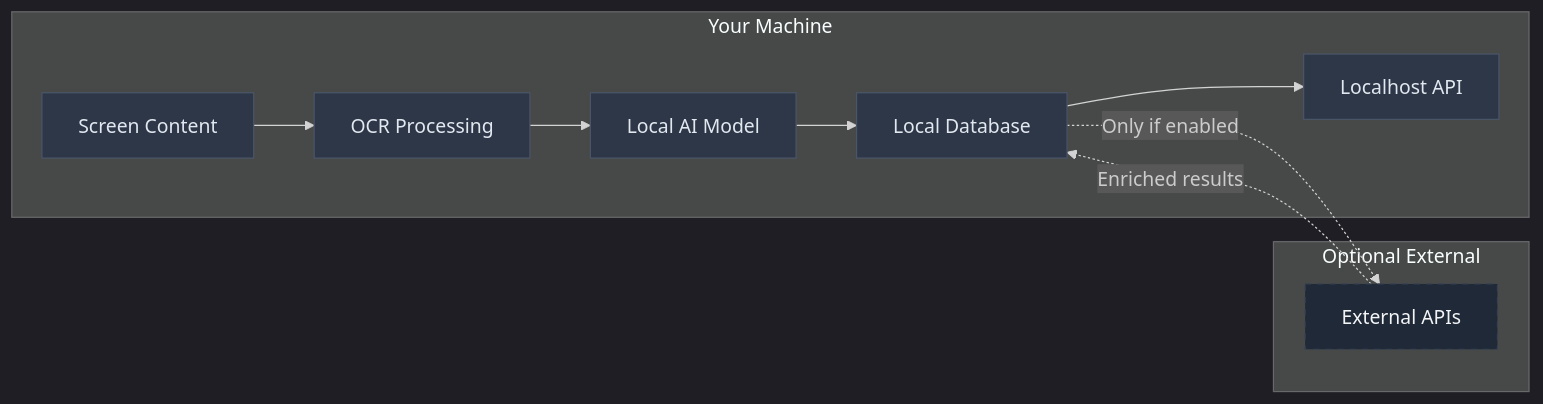
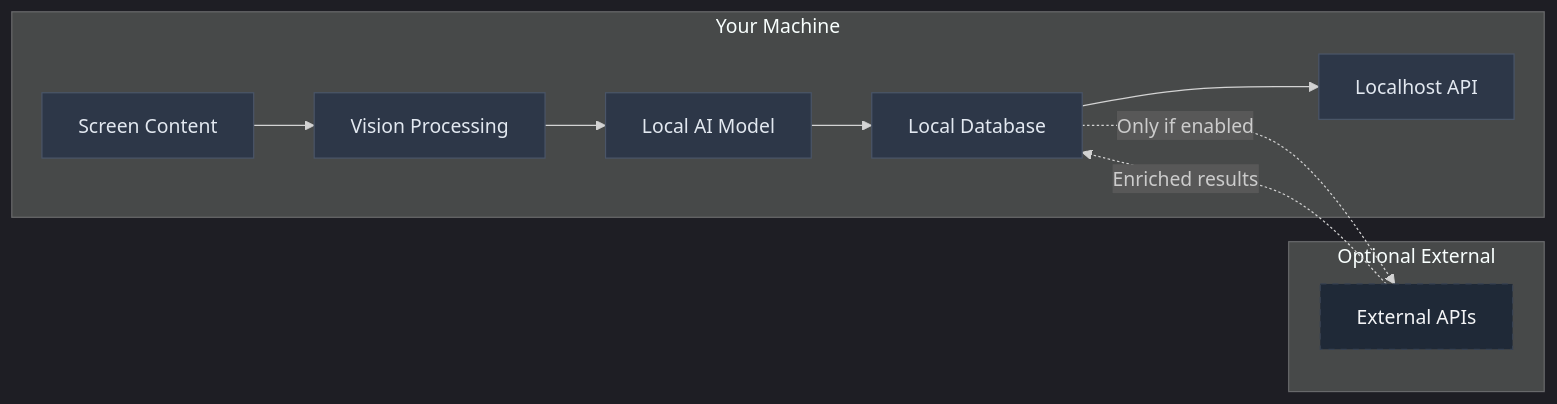
Before and after one commit to Tim-Spurlin/VibeNote: the fourth of 4 diagrams in README.md, drawn with Mermaid. The commit also changed other lines of this file, not shown here.

````diff
--- a/README.md
+++ b/README.md
@@ -616,30 +616,30 @@
 ```mermaid
 %%{init: {'theme':'dark'}}%%
 graph LR
     subgraph "Your Machine"
         SCREEN[Screen Content]
-        OCR[OCR Processing]
+        VISION[Vision Processing]
         MODEL[Local AI Model]
         DB[Local Database]
         API[Localhost API]
     end
     
     subgraph "Optional External"
         EXT[External APIs]
     end
     
-    SCREEN --> OCR
-    OCR --> MODEL
+    SCREEN --> VISION
+    VISION --> MODEL
     MODEL --> DB
     DB --> API
     
     DB -.->|Only if enabled| EXT
     EXT -.->|Enriched results| DB
     
     style SCREEN fill:#2D3748,stroke:#4A5568,color:#E2E8F0
-    style OCR fill:#2D3748,stroke:#4A5568,color:#E2E8F0
+    style VISION fill:#2D3748,stroke:#4A5568,color:#E2E8F0
     style MODEL fill:#2D3748,stroke:#4A5568,color:#E2E8F0
     style DB fill:#2D3748,stroke:#4A5568,color:#E2E8F0
     style API fill:#2D3748,stroke:#4A5568,color:#E2E8F0
     style EXT fill:#1F2937,stroke:#374151,color:#F3F4F6,stroke-dasharray: 5 5
 ```
````
